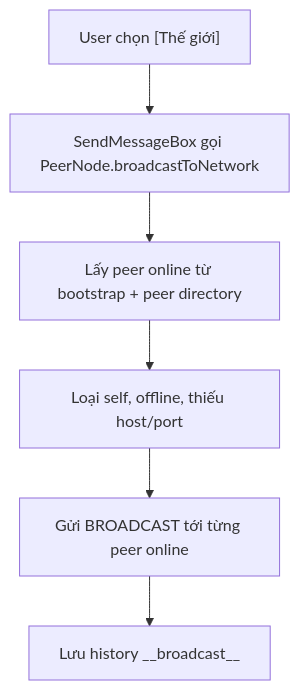
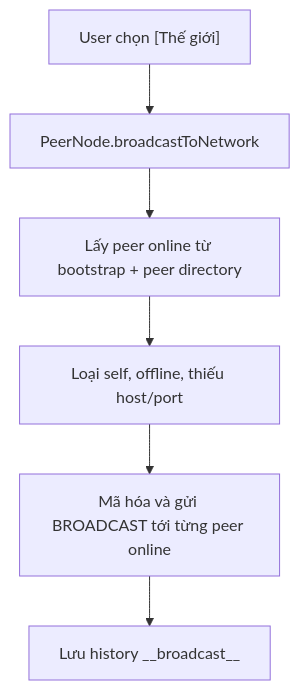
One commit to dungcony/p2p changed the fourth of 4 diagrams in docs/nop-bai/02_bao_cao_kien_truc_he_thong.md. Above: the diagram before and after it, drawn with Mermaid. The commit also changed other lines of this file and 14 other files, not shown here.

````diff
--- a/docs/nop-bai/02_bao_cao_kien_truc_he_thong.md
+++ b/docs/nop-bai/02_bao_cao_kien_truc_he_thong.md
@@ -173,8 +219,8 @@
 ```mermaid
 flowchart TD
-    A["User chọn [Thế giới]"] --> B["SendMessageBox gọi PeerNode.broadcastToNetwork"]
+    A["User chọn [Thế giới]"] --> B["PeerNode.broadcastToNetwork"]
     B --> C["Lấy peer online từ bootstrap + peer directory"]
     C --> D["Loại self, offline, thiếu host/port"]
-    D --> E["Gửi BROADCAST tới từng peer online"]
+    D --> E["Mã hóa và gửi BROADCAST tới từng peer online"]
     E --> F["Lưu history __broadcast__"]
 ```
````
